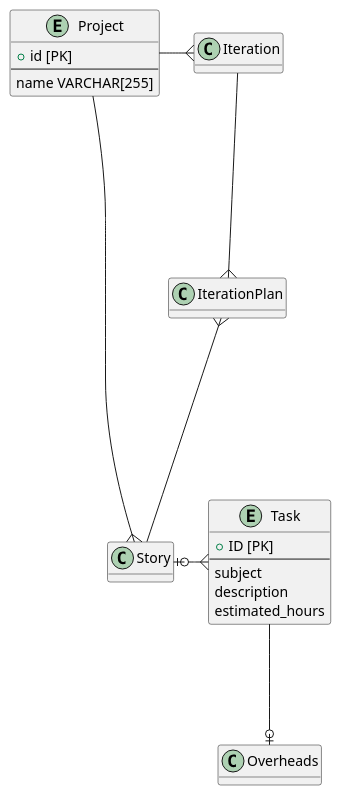
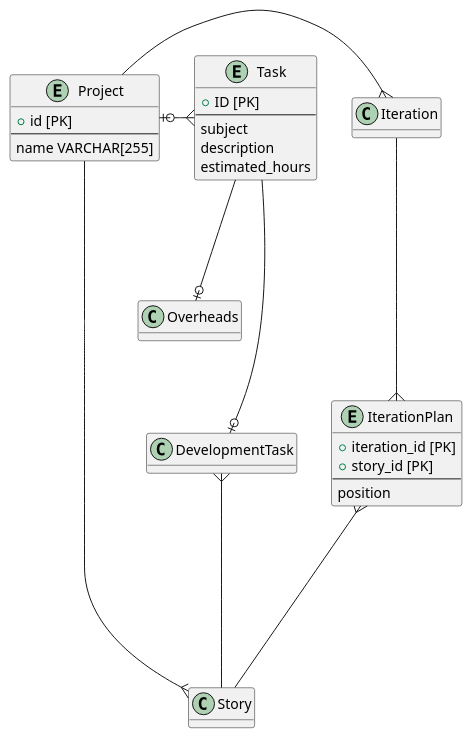
One commit to kawasima/rascaloid changed the diagram in model.puml. Above: the diagram before and after it, drawn with PlantUML. The commit also changed 34 other files, not shown here.

```diff
--- a/model.puml
+++ b/model.puml
@@ -1,25 +1,34 @@
 @startuml
 hide methods
 hide stereotypes
 
 entity Project {
   + id [PK]
   --
   name VARCHAR[255]
 }
 
 entity Task {
   + ID [PK]
   --
   subject
   description
   estimated_hours
 }
 
+entity IterationPlan {
+  + iteration_id [PK]
+  + story_id [PK]
+  --
+  position
+}
+
 Project --right--{ Iteration
 Project ----{ Story
 Iteration ----{ IterationPlan
 IterationPlan }---- Story
-Story |o--right--{ Task
+Project |o--right--{ Task
+Task ---o| DevelopmentTask
 Task ---o| Overheads
+DevelopmentTask }---- Story
 @enduml
```
